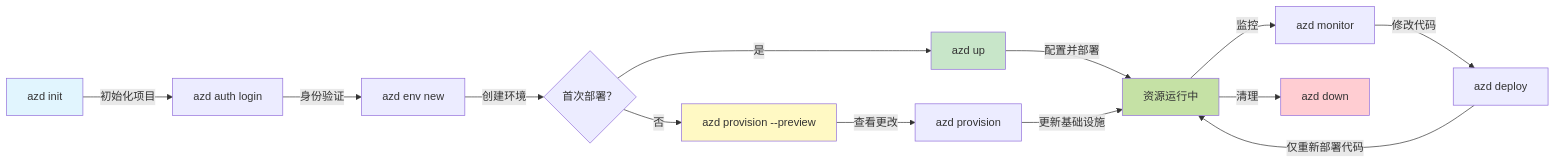
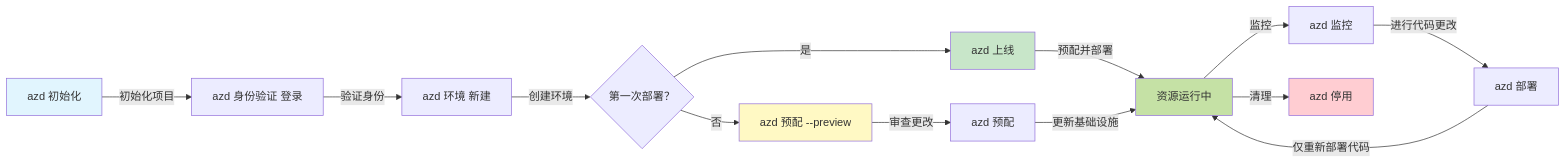
The first of 2 diagrams in translations/zh-CN/docs/chapter-01-foundation/azd-basics.md (microsoft/AZD-for-beginners), drawn with Mermaid before and after one commit. The commit also changed other lines of this file and 101 other files, not shown here.

````diff
--- a/translations/zh-CN/docs/chapter-01-foundation/azd-basics.md
+++ b/translations/zh-CN/docs/chapter-01-foundation/azd-basics.md
@@ -254,21 +269,21 @@
 ```mermaid
 graph LR
-    A[azd init] -->|初始化项目| B[azd auth login]
-    B -->|身份验证| C[azd env new]
-    C -->|创建环境| D{首次部署？}
-    D -->|是| E[azd up]
-    D -->|否| F[azd provision --preview]
-    F -->|查看更改| G[azd provision]
-    E -->|配置并部署| H[资源运行中]
+    A[azd 初始化] -->|初始化项目| B[azd 身份验证 登录]
+    B -->|验证身份| C[azd 环境 新建]
+    C -->|创建环境| D{第一次部署？}
+    D -->|是| E[azd 上线]
+    D -->|否| F[azd 预配 --preview]
+    F -->|审查更改| G[azd 预配]
+    E -->|预配并部署| H[资源运行中]
     G -->|更新基础设施| H
-    H -->|监控| I[azd monitor]
-    I -->|修改代码| J[azd deploy]
+    H -->|监控| I[azd 监控]
+    I -->|进行代码更改| J[azd 部署]
     J -->|仅重新部署代码| H
-    H -->|清理| K[azd down]
+    H -->|清理| K[azd 停用]
     
     style A fill:#e1f5fe
     style E fill:#c8e6c9
     style F fill:#fff9c4
     style H fill:#c5e1a5
     style K fill:#ffcdd2
 ```
````
